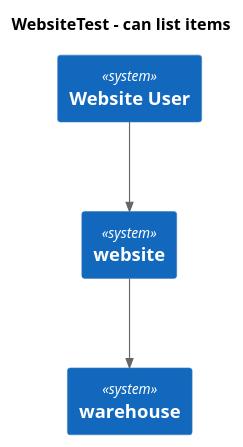
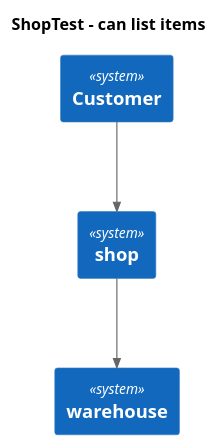
One commit to http4k/exploring-the-testing-hyperpyramid changed the diagram in .presentation/.generated/WebsiteTest - can list items - Interactions.puml. Above: the diagram before and after it, drawn with PlantUML. The commit also changed 9 other files, not shown here.

Commit message:
rework diagrams

```diff
--- a/.presentation/.generated/WebsiteTest - can list items - Interactions.puml
+++ b/.presentation/.generated/WebsiteTest - can list items - Interactions.puml
@@ -1,12 +1,12 @@
 @startuml
-title WebsiteTest - can list items
+title ShopTest - can list items
 
 !include https://raw.githubusercontent.com/plantuml-stdlib/C4-PlantUML/master/C4_Container.puml
 
 
-System(WebsiteUser, "Website User")
-System(website, "website")
+System(customer, "Customer")
+System(shop, "shop")
 System(warehouse, "warehouse")    
-Rel_D(WebsiteUser, website, " ") 
-Rel_D(website, warehouse, " ")     
+Rel_D(customer, shop, " ")
+Rel_D(shop, warehouse, " ")
 @enduml
```
